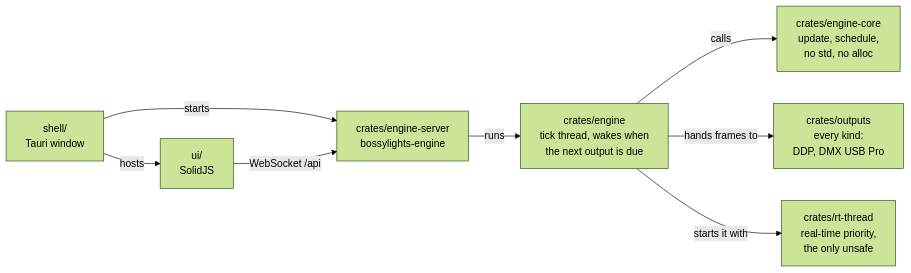
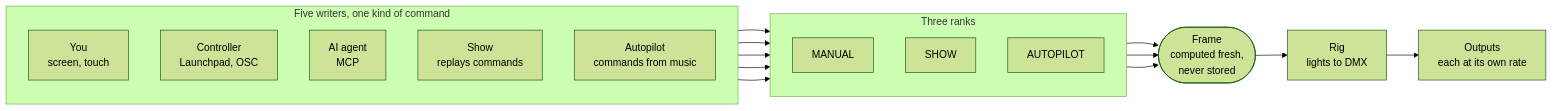
Before and after one commit to abossard/bossylights: the first of 5 diagrams in README.md, drawn with Mermaid (forest theme). The commit also changed other lines of this file and 7 other files, not shown here.

````diff
--- a/README.md
+++ b/README.md
@@ -26,10 +33,27 @@
 ```mermaid
 flowchart LR
-  SH["shell/<br/>Tauri window"] -- "starts" --> EB["crates/engine-server<br/>bossylights-engine"]
-  EB -- "runs" --> EN["crates/engine<br/>tick thread, wakes when<br/>the next output is due"]
-  EN -- "calls" --> CO["crates/engine-core<br/>update, schedule,<br/>no std, no alloc"]
-  EN -- "hands frames to" --> OU["crates/outputs<br/>every kind:<br/>DDP, DMX USB Pro"]
-  EN -- "starts it with" --> RT["crates/rt-thread<br/>real-time priority,<br/>the only unsafe"]
-  SH -- "hosts" --> UI["ui/<br/>SolidJS"]
-  UI -- "WebSocket /api" --> EB
+  subgraph W["Five writers, one kind of command"]
+    direction TB
+    YOU["You<br/>screen, touch"]
+    PAD["Controller<br/>Launchpad, OSC"]
+    AGENT["AI agent<br/>MCP"]
+    SHOWP["Show<br/>replays commands"]
+    AUTOP["Autopilot<br/>commands from music"]
+  end
+  subgraph L["Three ranks"]
+    direction TB
+    LIVE["MANUAL"]
+    SHOW["SHOW"]
+    AUTO["AUTOPILOT"]
+  end
+  FRAME(["Frame<br/>computed fresh,<br/>never stored"])
+  YOU --> LIVE
+  PAD --> LIVE
+  AGENT --> LIVE
+  SHOWP --> SHOW
+  AUTOP --> AUTO
+  LIVE --> FRAME
+  SHOW --> FRAME
+  AUTO --> FRAME
+  FRAME --> RIG["Rig<br/>lights to DMX"] --> OUT["Outputs<br/>each at its own rate"]
 ```
````
